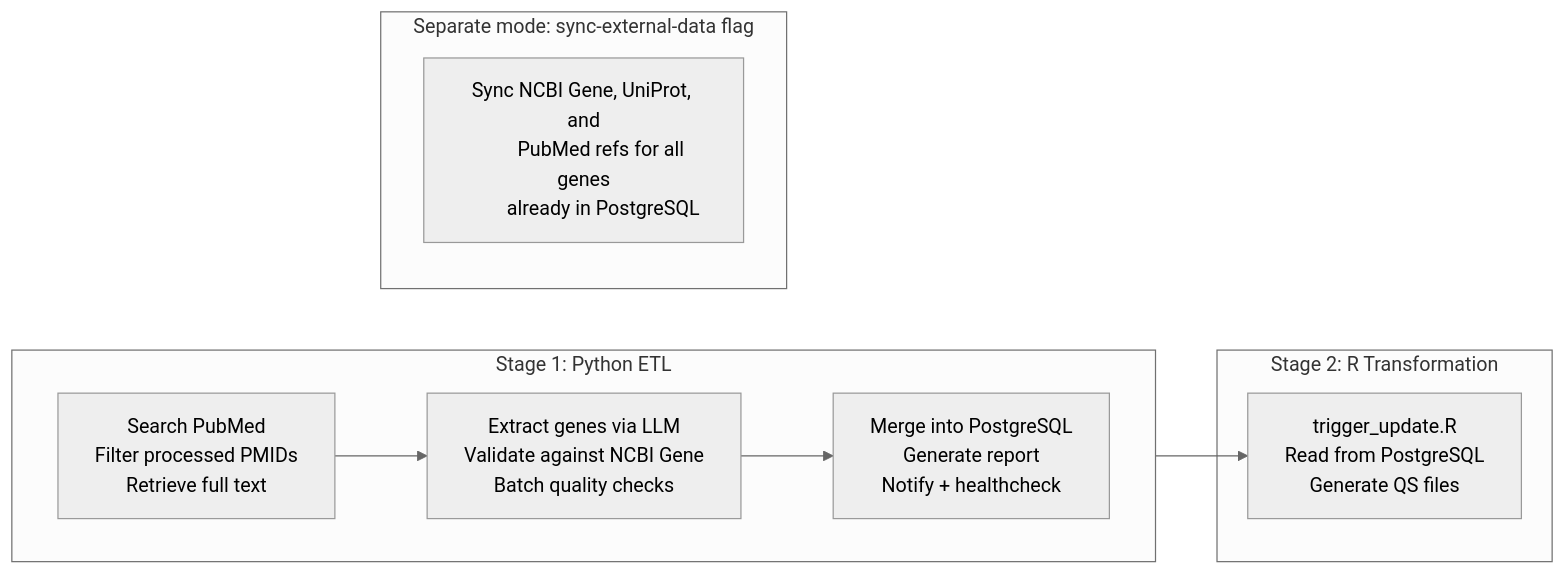
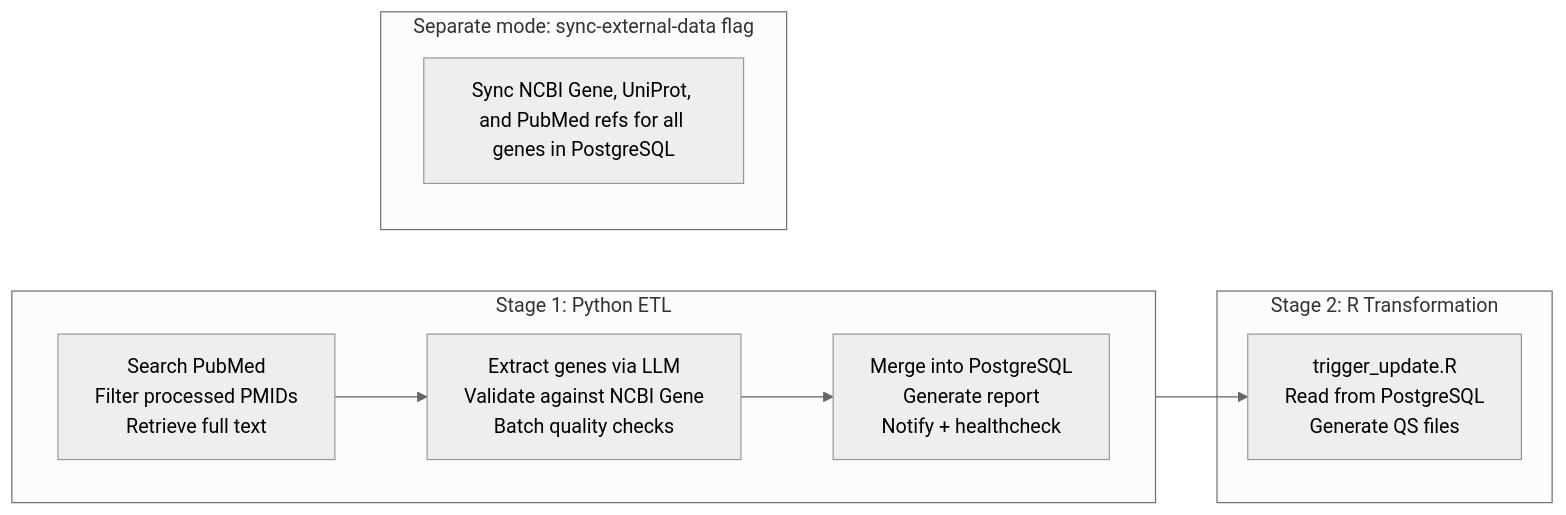
The diagram in README.md (mathieubpoiriericm/icm-dashboard), drawn with Mermaid (neutral theme) before and after one commit.

Commit message:
Minor fix

````diff
--- a/README.md
+++ b/README.md
@@ -602,27 +602,25 @@
 ```mermaid
 flowchart LR
     subgraph stage1["Stage 1: Python ETL"]
         direction LR
         A["Search PubMed
         Filter processed PMIDs
         Retrieve full text"] --> B["Extract genes via LLM
         Validate against NCBI Gene
         Batch quality checks"] --> C["Merge into PostgreSQL
         Generate report
         Notify + healthcheck"]
     end
 
     subgraph stage2["Stage 2: R Transformation"]
         D["trigger_update.R
         Read from PostgreSQL
         Generate QS files"]
     end
 
     C --> D
 
     subgraph sync["Separate mode: sync-external-data flag"]
-        E["Sync NCBI Gene, UniProt, and
-        PubMed refs for all genes
-        already in PostgreSQL"]
+        E["Sync NCBI Gene, UniProt, and PubMed refs for all genes in PostgreSQL"]
     end
 ```
````
